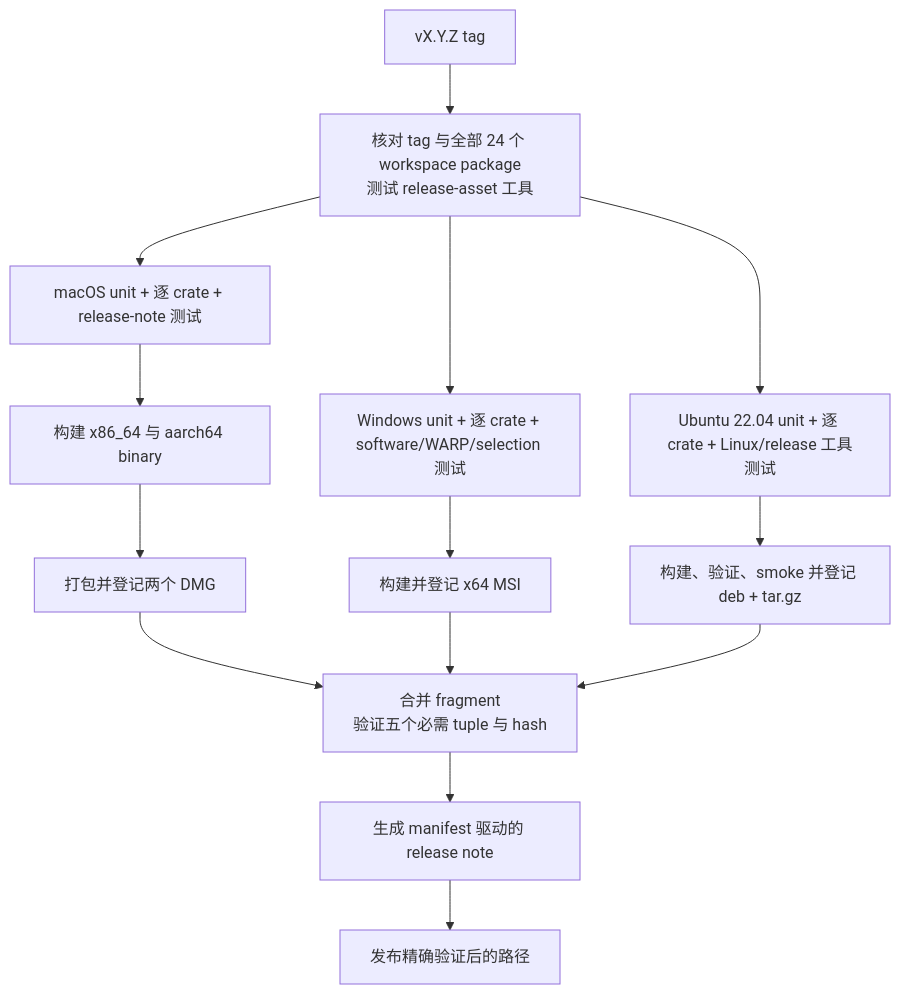
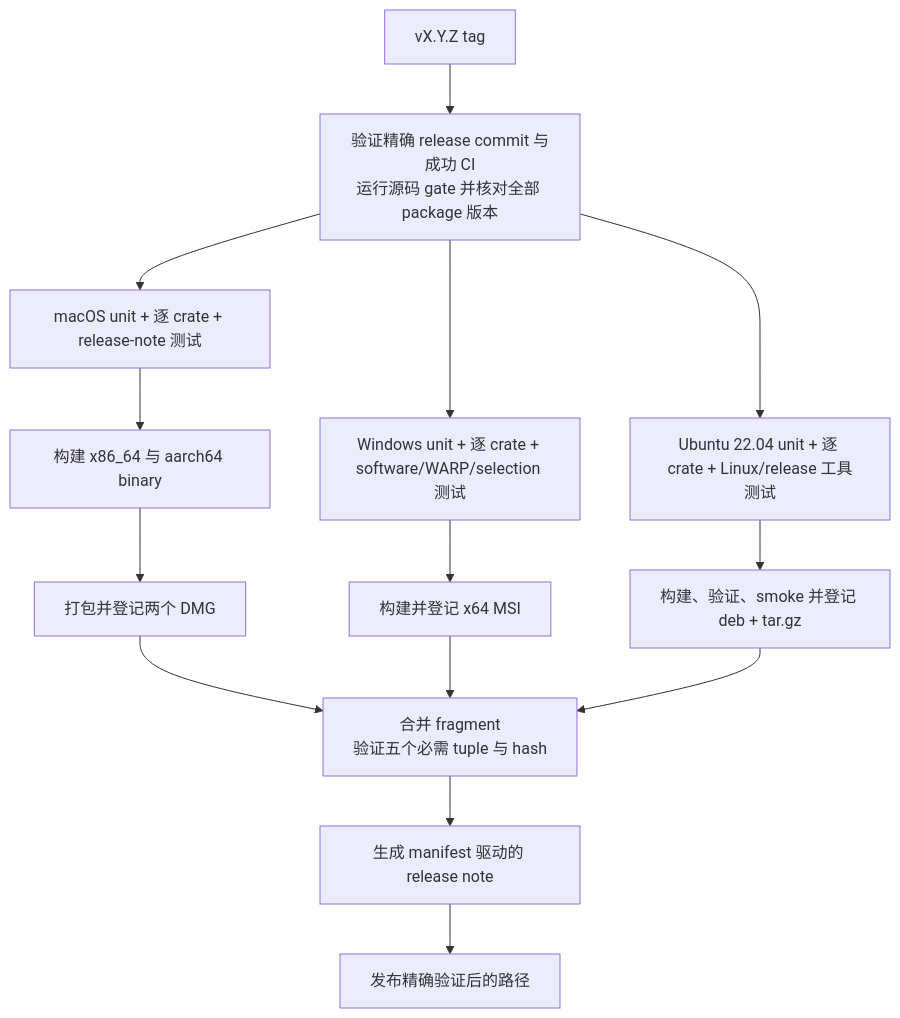
The second of 2 diagrams in wiki/Development-and-Release.md (D0n9X1n/SonicTerm), drawn with Mermaid before and after one commit. The commit also changed other lines of this file and 7 other files, not shown here.

````diff
--- a/wiki/Development-and-Release.md
+++ b/wiki/Development-and-Release.md
@@ -547,27 +572,27 @@
 ```mermaid
 flowchart TD
     tag["vX.Y.Z tag"]
-    validate["核对 tag 与全部 24 个 workspace package<br/>测试 release-asset 工具"]
+    validate["验证精确 release commit 与成功 CI<br/>运行源码 gate 并核对全部 package 版本"]
     mtest["macOS unit + 逐 crate + release-note 测试"]
     wtest["Windows unit + 逐 crate + software/WARP/selection 测试"]
     ltest["Ubuntu 22.04 unit + 逐 crate + Linux/release 工具测试"]
     macbuild["构建 x86_64 与 aarch64 binary"]
     dmg["打包并登记两个 DMG"]
     msi["构建并登记 x64 MSI"]
     linux["构建、验证、smoke 并登记 deb + tar.gz"]
     manifest["合并 fragment<br/>验证五个必需 tuple 与 hash"]
     notes["生成 manifest 驱动的 release note"]
     publish["发布精确验证后的路径"]
 
     tag --> validate
     validate --> mtest
     validate --> wtest
     validate --> ltest
     mtest --> macbuild --> dmg
     wtest --> msi
     ltest --> linux
     dmg --> manifest
     msi --> manifest
     linux --> manifest
     manifest --> notes --> publish
 ```
````
